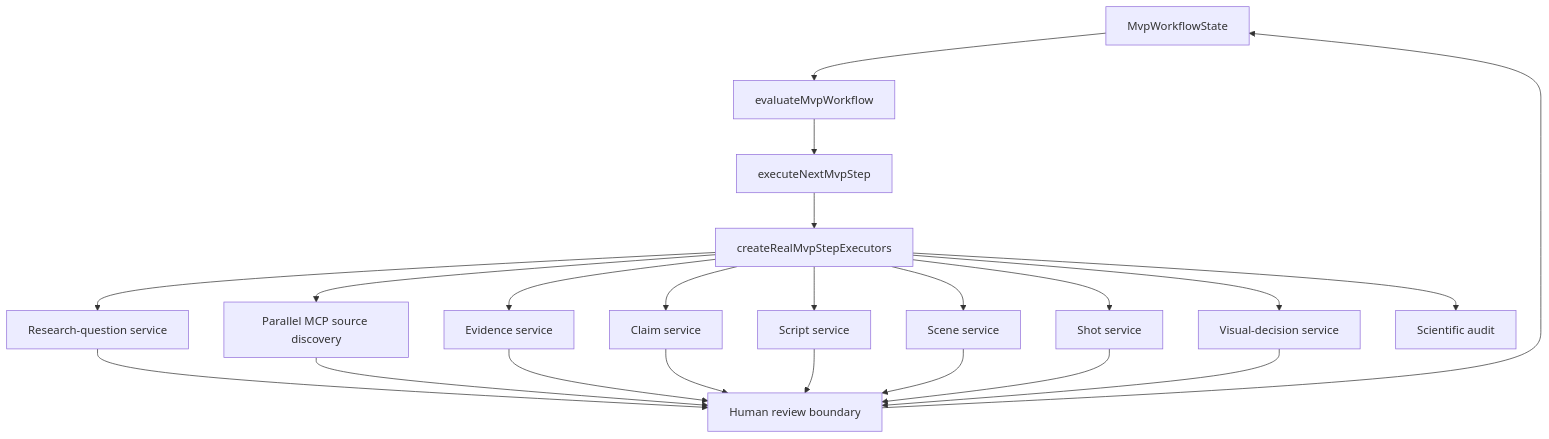
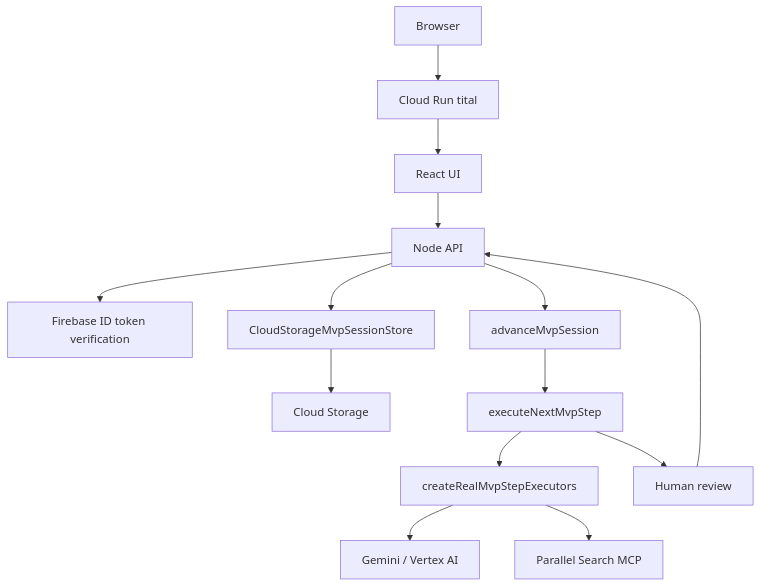
The first of 2 diagrams in docs/execution/real-execution-path.md (amin076/tital), drawn with Mermaid before and after one commit. The commit also changed other lines of this file, not shown here.

Commit message:
docs: replace stale local-only execution path with hosted flow

````diff
--- a/docs/execution/real-execution-path.md
+++ b/docs/execution/real-execution-path.md
@@ -34,37 +9,24 @@
 ```mermaid
 graph TD
-    S[MvpWorkflowState]
-    E[evaluateMvpWorkflow]
-    C[executeNextMvpStep]
-    R[createRealMvpStepExecutors]
-    Q[Research-question service]
-    P[Parallel MCP source discovery]
-    EV[Evidence service]
-    CL[Claim service]
-    SL[Script service]
-    SC[Scene service]
-    SH[Shot service]
-    VD[Visual-decision service]
-    AU[Scientific audit]
-    H[Human review boundary]
+    U[Browser]
+    CR[Cloud Run tital]
+    WEB[React UI]
+    API[Node API]
+    AUTH[Firebase ID token verification]
+    STORE[CloudStorageMvpSessionStore]
+    GCS[Cloud Storage]
+    ADV[advanceMvpSession]
+    EXEC[executeNextMvpStep]
+    REAL[createRealMvpStepExecutors]
+    V[Gemini / Vertex AI]
+    P[Parallel Search MCP]
+    H[Human review]
 
-    S --> E --> C --> R
-    R --> Q
-    R --> P
-    R --> EV
-    R --> CL
-    R --> SL
-    R --> SC
-    R --> SH
-    R --> VD
-    R --> AU
-    Q --> H
-    P --> H
-    EV --> H
-    CL --> H
-    SL --> H
-    SC --> H
-    SH --> H
-    VD --> H
-    H --> S
+    U --> CR --> WEB
+    WEB --> API --> AUTH
+    API --> STORE --> GCS
+    API --> ADV --> EXEC --> REAL
+    REAL --> V
+    REAL --> P
+    EXEC --> H --> API
 ```
````
